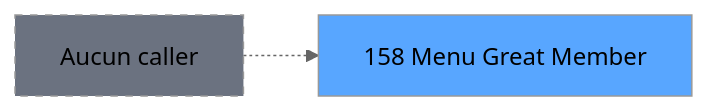
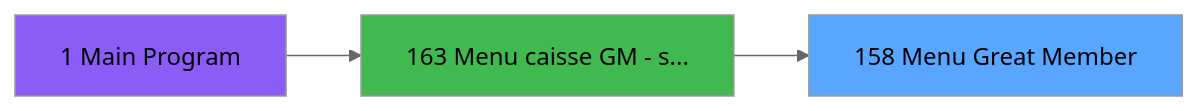
One commit to thonyAGP/lecteur-magic changed the second of 3 diagrams in .openspec/specs/ADH-IDE-158.md. Above: the diagram before and after it, drawn with Mermaid (neutral theme). The commit also changed other lines of this file and 493 other files, not shown here.

````diff
--- a/.openspec/specs/ADH-IDE-158.md
+++ b/.openspec/specs/ADH-IDE-158.md
@@ -183,8 +218,11 @@
 ```mermaid
 graph LR
     T158[158 Menu Great Member]
     style T158 fill:#58a6ff
-    NONE[Aucun caller]
-    NONE -.-> T158
-    style NONE fill:#6b7280,stroke-dasharray: 5 5
+    CC1[1 Main Program]
+    style CC1 fill:#8b5cf6
+    CC163[163 Menu caisse GM - s...]
+    style CC163 fill:#3fb950
+    CC1 --> CC163
+    CC163 --> T158
 ```
````
